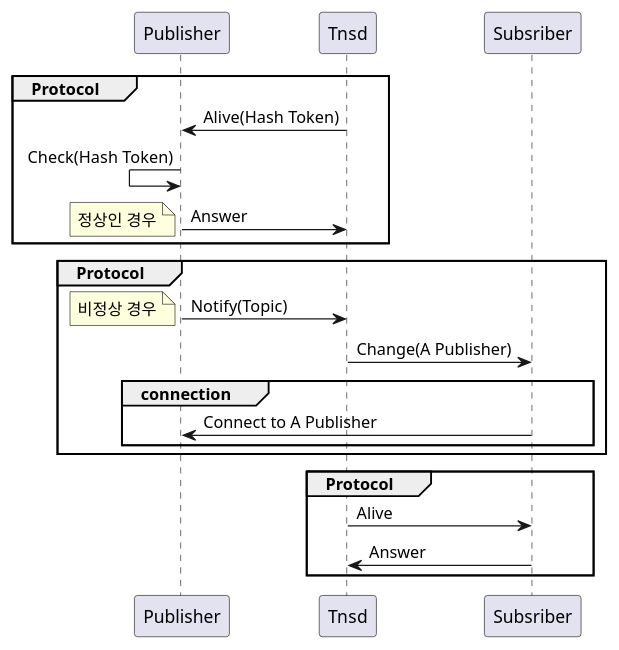
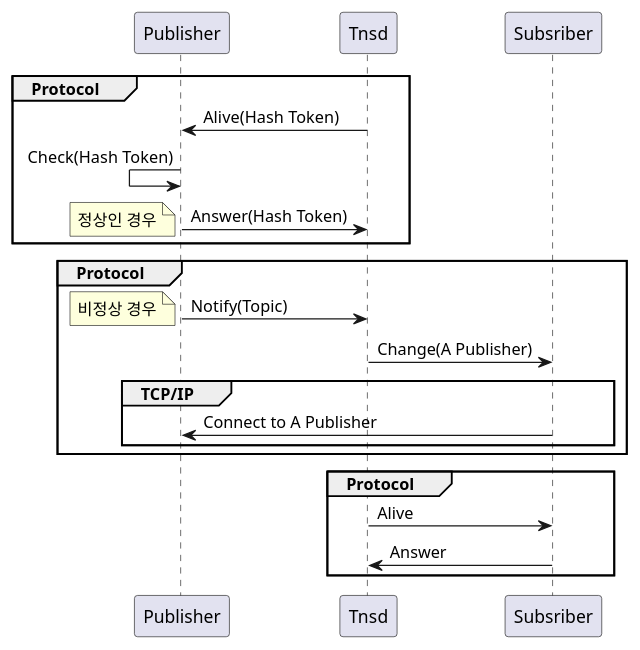
The diagram in doori-uml/Alive protocol.puml (dooripapa/doori-project), drawn with PlantUML before and after one commit. The commit also changed 24 other files, not shown here.

```diff
--- a/doori-uml/Alive protocol.puml
+++ b/doori-uml/Alive protocol.puml
@@ -1,31 +1,31 @@
 @startuml
 'https://plantuml.com/sequence-diagram
 
 autonumber stop
 group Protocol
     Publisher <- Tnsd : Alive(Hash Token)
     Publisher <- Publisher : Check(Hash Token)
-    Publisher -> Tnsd : Answer
+    Publisher -> Tnsd : Answer(Hash Token)
     note left
         정상인 경우
     end note
 end
 
 group Protocol
     Publisher -> Tnsd : Notify(Topic)
     note left
         비정상 경우
     end note
 
     Tnsd -> Subsriber : Change(A Publisher)
 
-    group connection
+    group TCP/IP
         Subsriber -> Publisher : Connect to A Publisher
     end
 
 end
 group Protocol
     Tnsd -> Subsriber : Alive
     Tnsd <- Subsriber : Answer
 end
 @enduml
```
